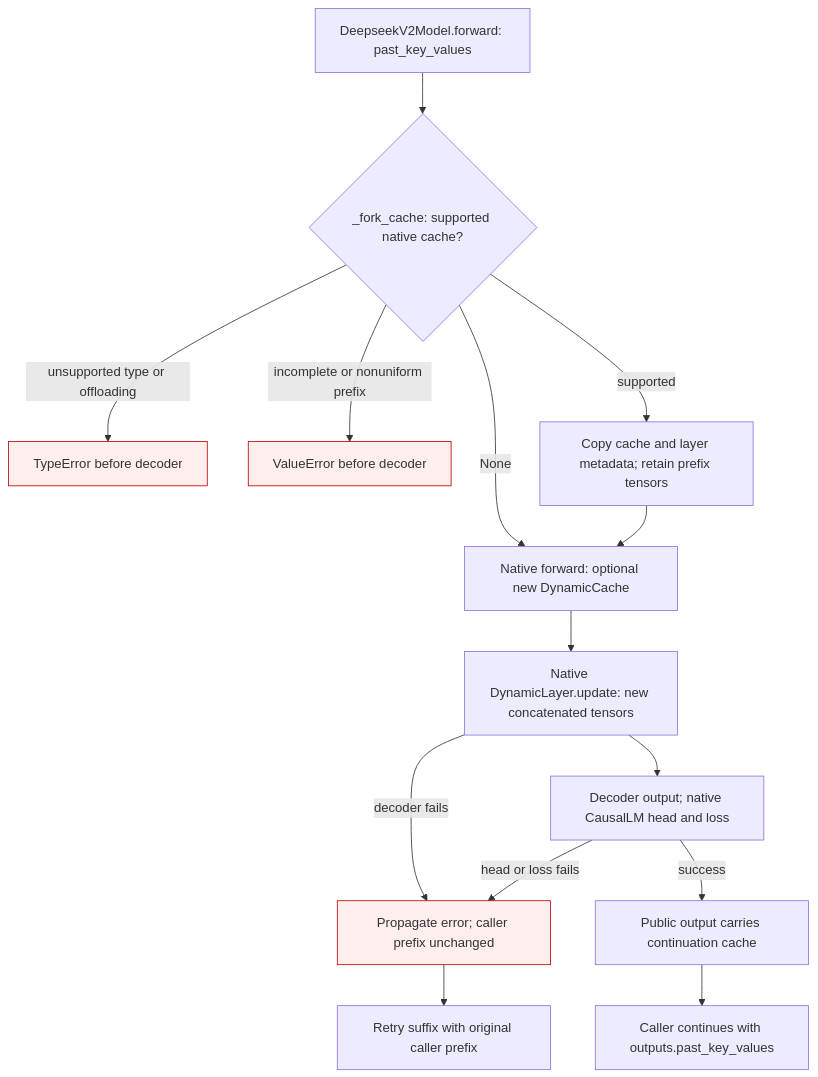
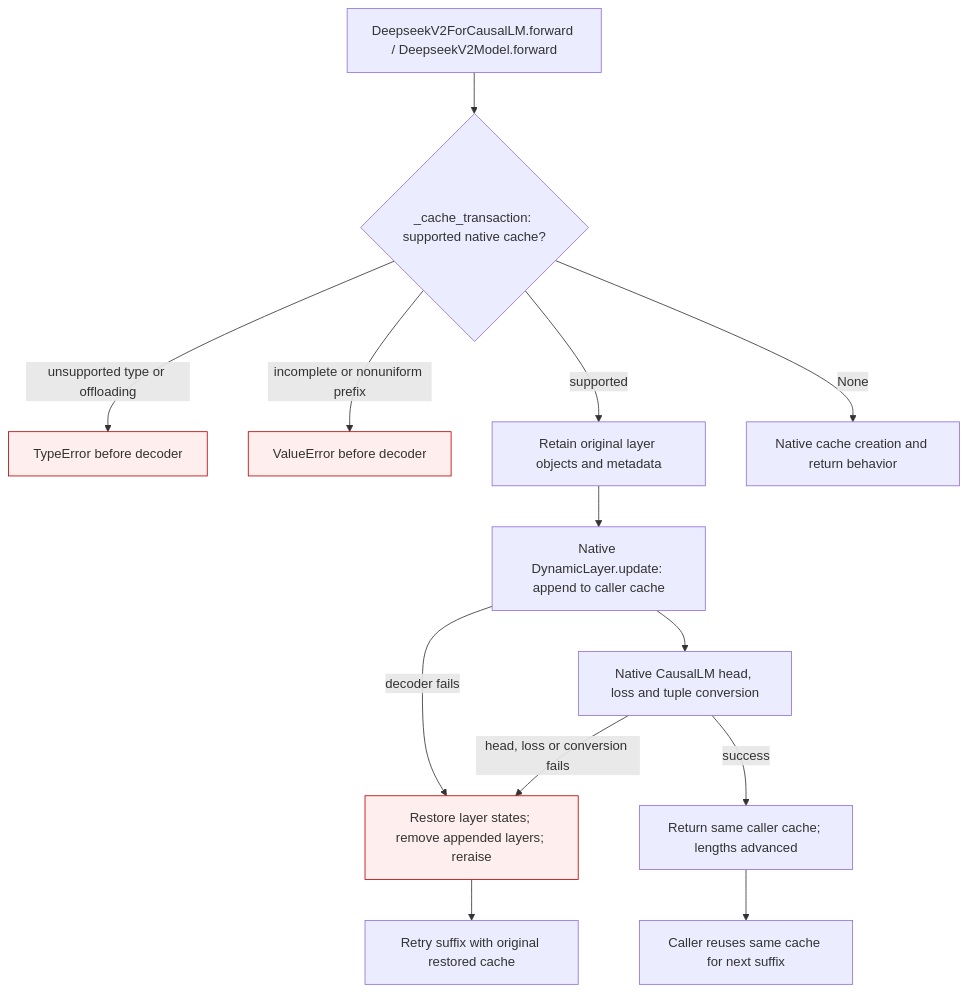
The second of 2 diagrams in gptqmodel/models/ports/deepseek_v2/README.md (ModelCloud/GPTQModel), drawn with Mermaid before and after one commit. The commit also changed other lines of this file and 2 other files, not shown here.

Commit message:
Preserve DeepSeek V2 cache identity with failure rollback

````diff
--- a/gptqmodel/models/ports/deepseek_v2/README.md
+++ b/gptqmodel/models/ports/deepseek_v2/README.md
@@ -115,18 +130,17 @@
 ```mermaid
 flowchart TD
-    A[DeepseekV2Model.forward: past_key_values] --> B{_fork_cache: supported native cache?}
+    A["DeepseekV2ForCausalLM.forward / DeepseekV2Model.forward"] --> B{"_cache_transaction: supported native cache?"}
     B -->|unsupported type or offloading| X[TypeError before decoder]
     B -->|incomplete or nonuniform prefix| Y[ValueError before decoder]
-    B -->|supported| C[Copy cache and layer metadata; retain prefix tensors]
-    B -->|None| D[Native forward: optional new DynamicCache]
-    C --> D
-    D --> E[Native DynamicLayer.update: new concatenated tensors]
-    E --> F[Decoder output; native CausalLM head and loss]
-    E -->|decoder fails| G[Propagate error; caller prefix unchanged]
-    F -->|head or loss fails| G
-    F -->|success| H[Public output carries continuation cache]
-    H --> I[Caller continues with outputs.past_key_values]
-    G --> J[Retry suffix with original caller prefix]
+    B -->|supported| C[Retain original layer objects and metadata]
+    B -->|None| N[Native cache creation and return behavior]
+    C --> D["Native DynamicLayer.update: append to caller cache"]
+    D --> E[Native CausalLM head, loss and tuple conversion]
+    D -->|decoder fails| G[Restore layer states; remove appended layers; reraise]
+    E -->|head, loss or conversion fails| G
+    E -->|success| H[Return same caller cache; lengths advanced]
+    H --> I[Caller reuses same cache for next suffix]
+    G --> J[Retry suffix with original restored cache]
     classDef failure fill:#fee,stroke:#b00
     class X,Y,G failure
 ```
````
